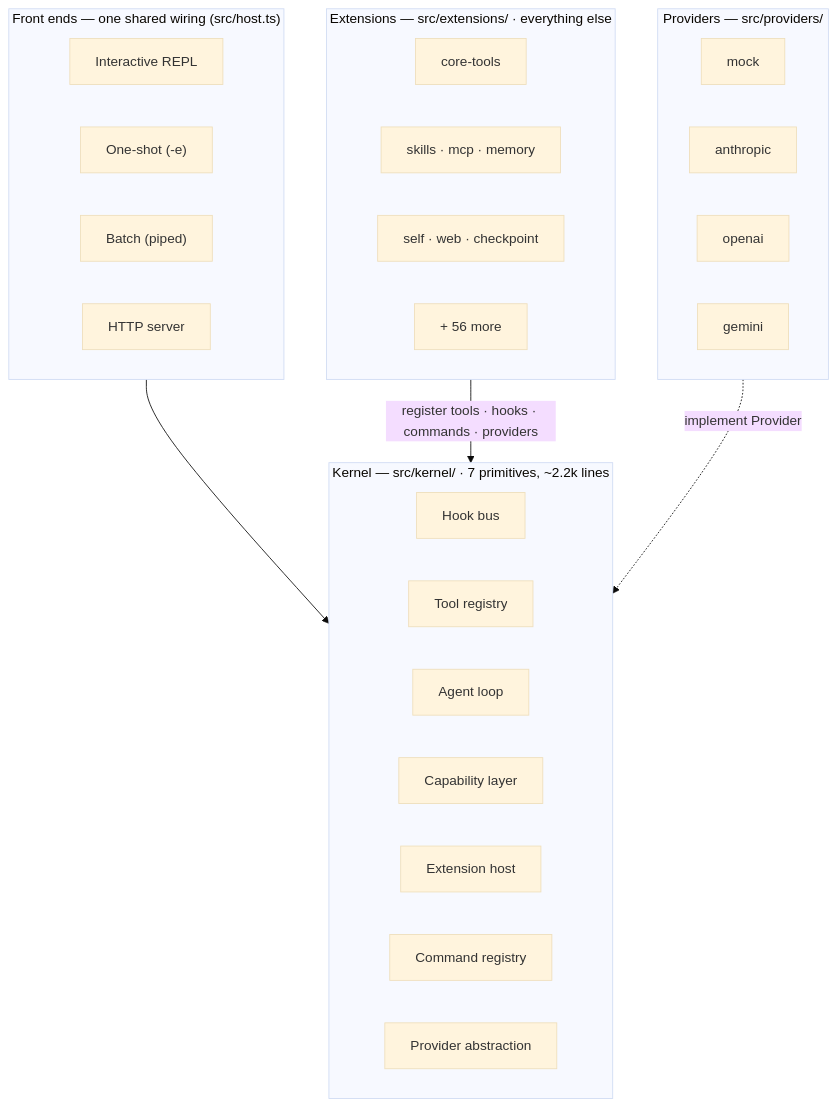
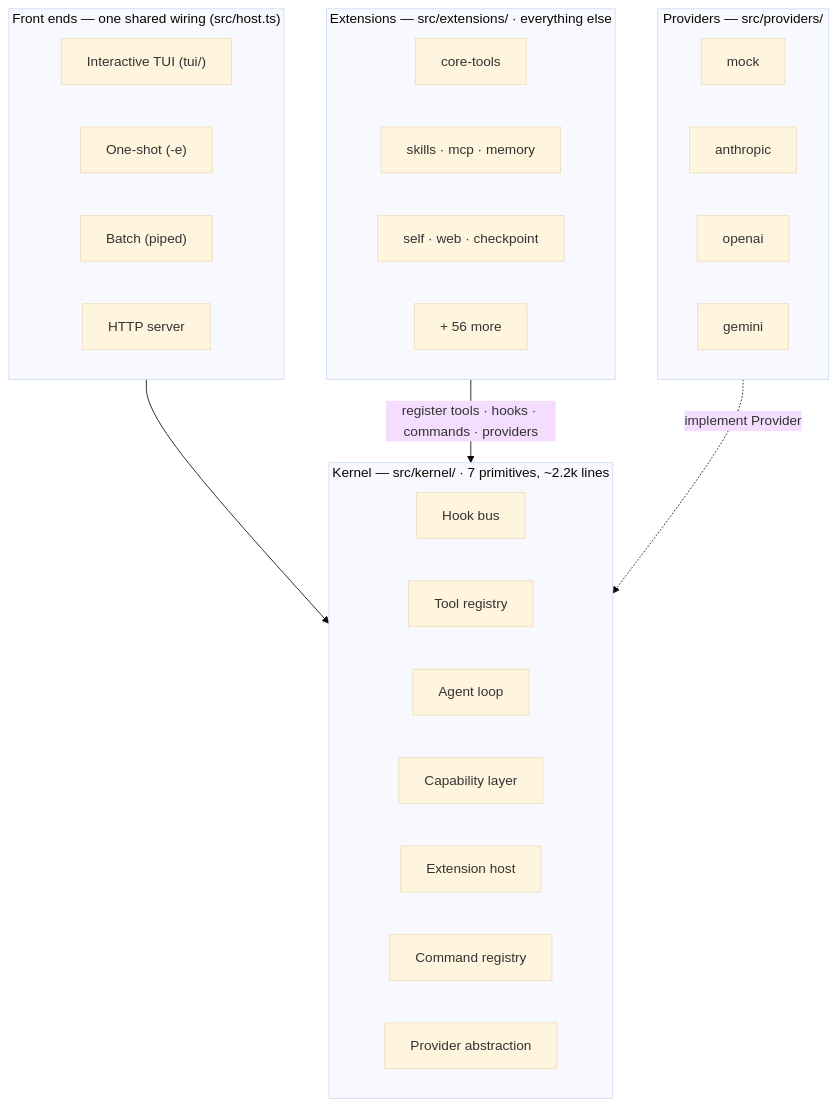
One commit to caohaotiantian/EAgent changed the first of 5 diagrams in README.md. Above: the diagram before and after it, drawn with Mermaid (base theme). The commit also changed other lines of this file and 10 other files, not shown here.

````diff
--- a/README.md
+++ b/README.md
@@ -16,41 +16,41 @@
 ```mermaid
 flowchart TB
     subgraph FE["Front ends — one shared wiring (src/host.ts)"]
         direction LR
-        REPL["Interactive REPL"]
+        TUI["Interactive TUI (tui/)"]
         ONE["One-shot (-e)"]
         BATCH["Batch (piped)"]
         HTTP["HTTP server"]
     end
 
     subgraph KERNEL["Kernel — src/kernel/ · 7 primitives, ~2.2k lines"]
         direction LR
         HOOKS["Hook bus"]
         REG["Tool registry"]
         LOOP["Agent loop"]
         CAPS["Capability layer"]
         EXT["Extension host"]
         CMD["Command registry"]
         PROV["Provider abstraction"]
     end
 
     subgraph EXTS["Extensions — src/extensions/ · everything else"]
         direction LR
         X1["core-tools"]
         X2["skills · mcp · memory"]
         X3["self · web · checkpoint"]
         X4["+ 56 more"]
     end
 
     subgraph PROVIDERS["Providers — src/providers/"]
         direction LR
         PM["mock"]
         PA["anthropic"]
         PO["openai"]
         PG["gemini"]
     end
 
     FE --> KERNEL
     EXTS -->|"register tools · hooks · commands · providers"| KERNEL
     PROVIDERS -.->|"implement Provider"| PROV
 ```
````
